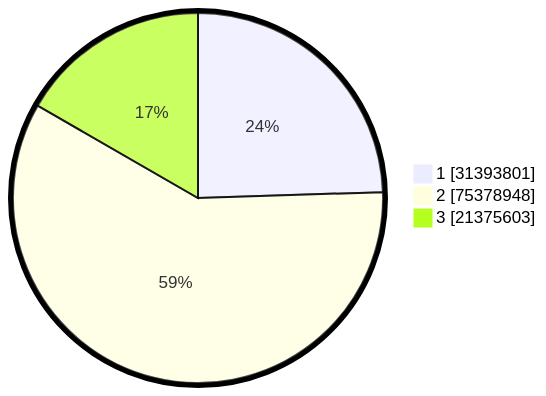
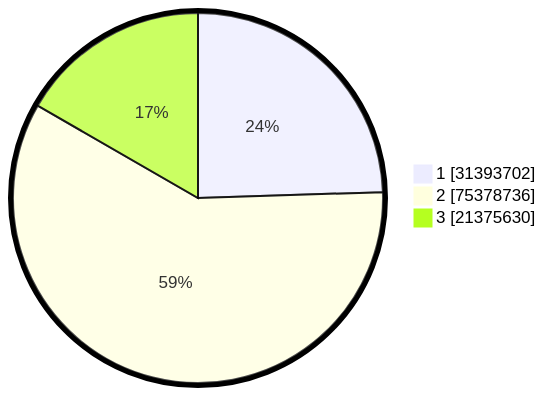
One commit to gigit-pemilu/pemilu-2024 changed the second of 2 diagrams in pilpres/hitung-suara/README.md. Above: the diagram before and after it, drawn with Mermaid. The commit also changed other lines of this file and 7 other files, not shown here.

````diff
--- a/pilpres/hitung-suara/README.md
+++ b/pilpres/hitung-suara/README.md
@@ -93,7 +93,7 @@
 ```mermaid
 %%{init: {"pie": {"textPosition": 0.5}, "themeVariables": {"pieOuterStrokeWidth": "5px"}} }%%
 pie showData
-    "1" : 31393801
-    "2" : 75378948
-    "3" : 21375603
+    "1" : 31393702
+    "2" : 75378736
+    "3" : 21375630
 ```
````
